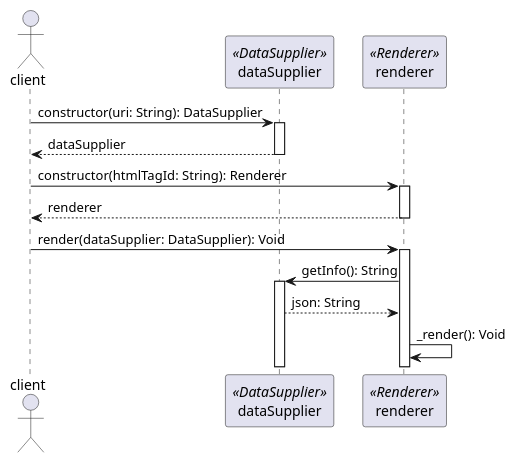
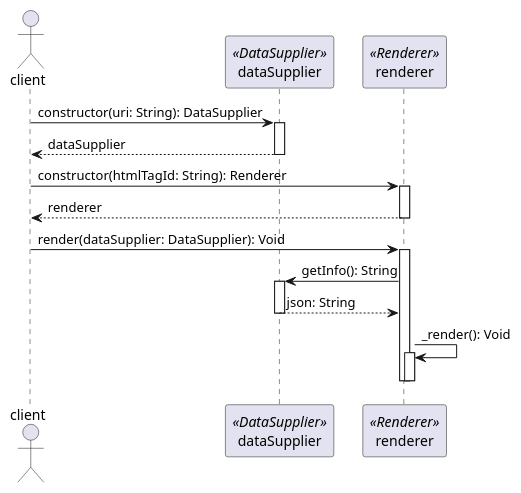
Before and after one commit to expert0226/codespitz: the sixth of 8 diagrams in src/main/resources/codespitz79/designpattern/day01/day01.adoc, drawn with PlantUML. The commit also changed other lines of this file and 9 other files, not shown here.

```diff
--- a/src/main/resources/codespitz79/designpattern/day01/day01.adoc
+++ b/src/main/resources/codespitz79/designpattern/day01/day01.adoc
@@ -146,21 +154,25 @@
 [plantuml, exam03_sequence, png]
 ....
 actor client
 participant dataSupplier <<DataSupplier>>
 participant renderer <<Renderer>>
 
 client -> dataSupplier: constructor(uri: String): DataSupplier
 activate dataSupplier
 return dataSupplier
 
 client -> renderer: constructor(htmlTagId: String): Renderer
 activate renderer
 return renderer
 
 client -> renderer: render(dataSupplier: DataSupplier): Void
 activate renderer
 dataSupplier <- renderer: getInfo(): String
 activate dataSupplier
 dataSupplier --> renderer: json: String
+deactivate dataSupplier
 renderer -> renderer: _render(): Void
+activate renderer
+deactivate renderer
+deactivate renderer
 ....
```
